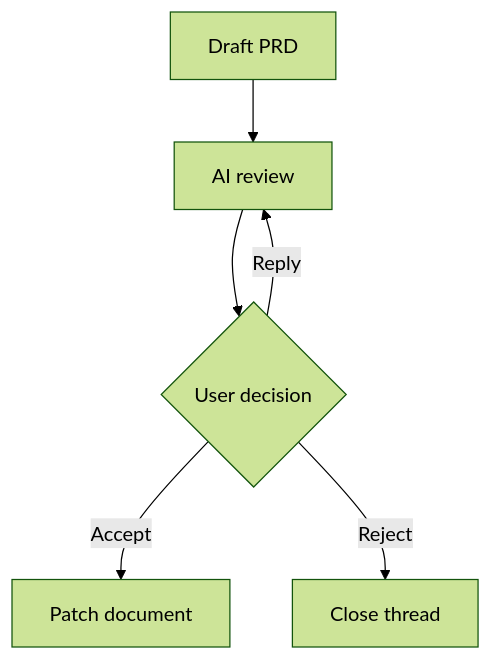
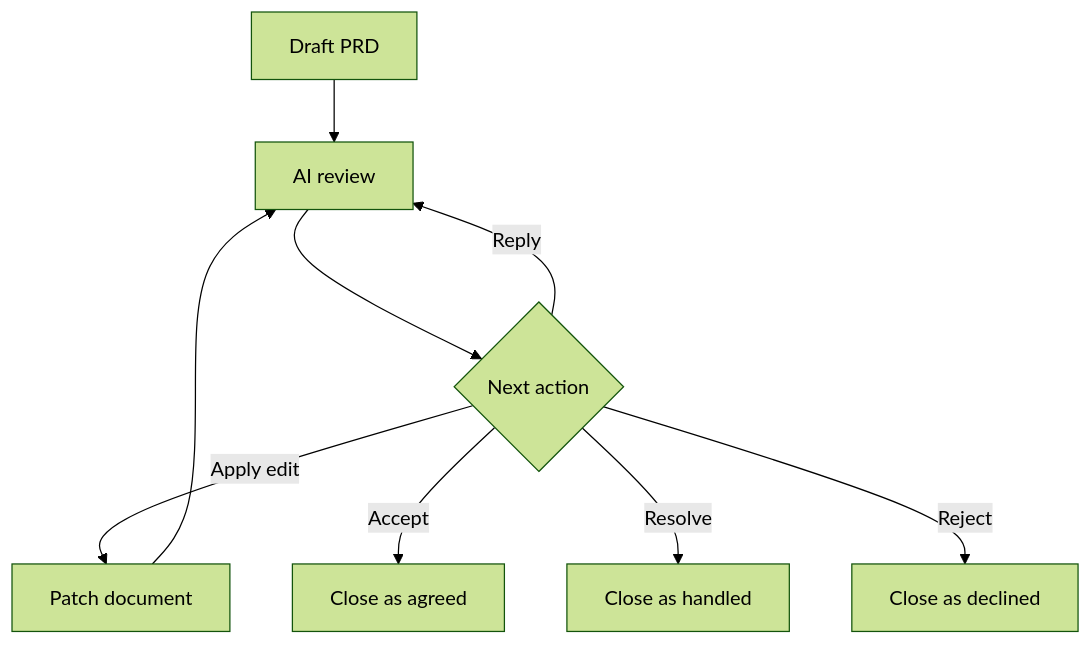
Before and after one commit to uptown/ai-markdown-review-loop: the diagram in docs/mermaid-sample.md, drawn with Mermaid (forest theme). The commit also changed 5 other files, not shown here.

Commit message:
Add review decisions and suggested edit apply

````diff
--- a/docs/mermaid-sample.md
+++ b/docs/mermaid-sample.md
@@ -5,8 +5,11 @@
 ```mermaid
 flowchart TD
   A[Draft PRD] --> B[AI review]
-  B --> C{User decision}
-  C -->|Accept| D[Patch document]
-  C -->|Reject| E[Close thread]
+  B --> C{Next action}
+  C -->|Apply edit| D[Patch document]
+  D --> B
+  C -->|Accept| E[Close as agreed]
+  C -->|Resolve| F[Close as handled]
+  C -->|Reject| G[Close as declined]
   C -->|Reply| B
 ```
````
